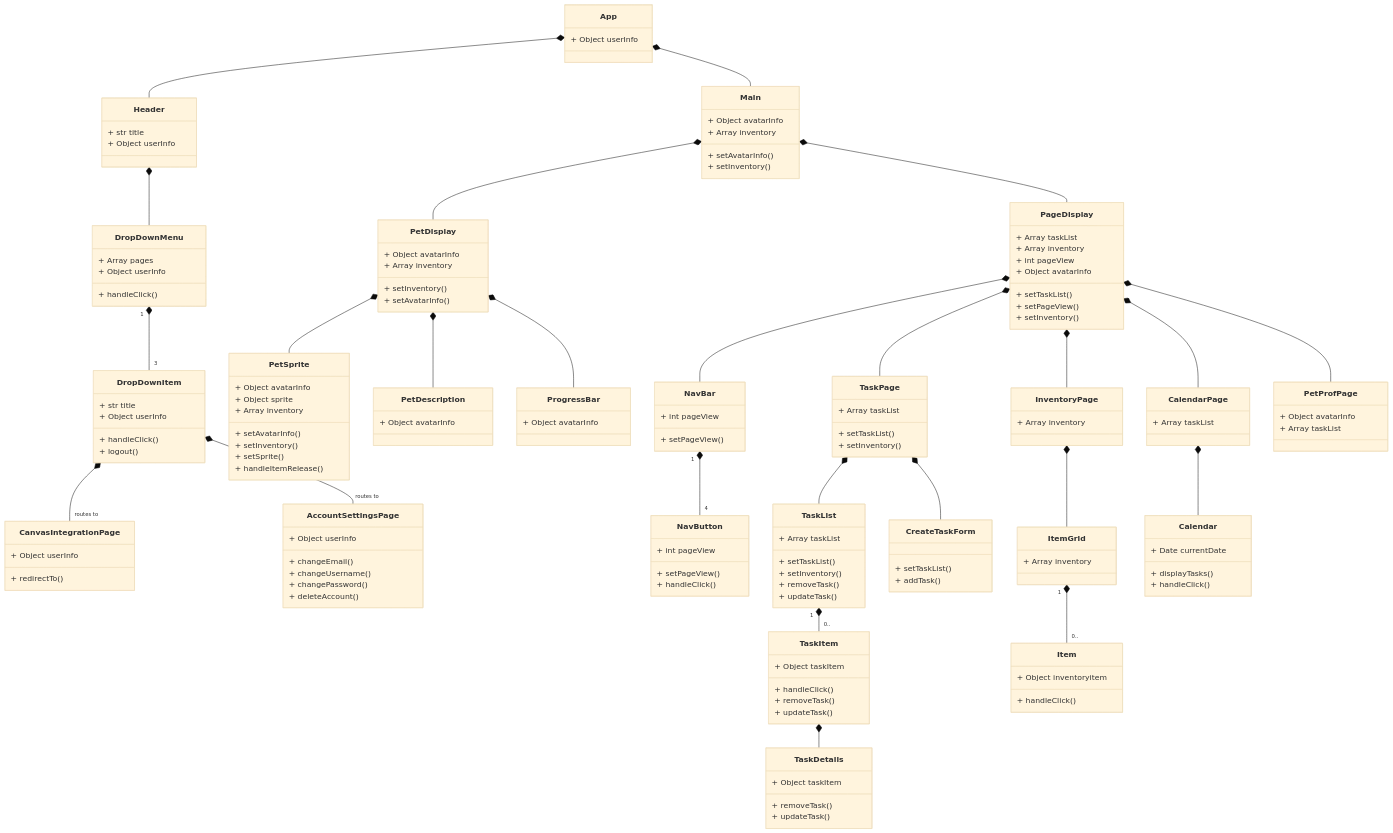
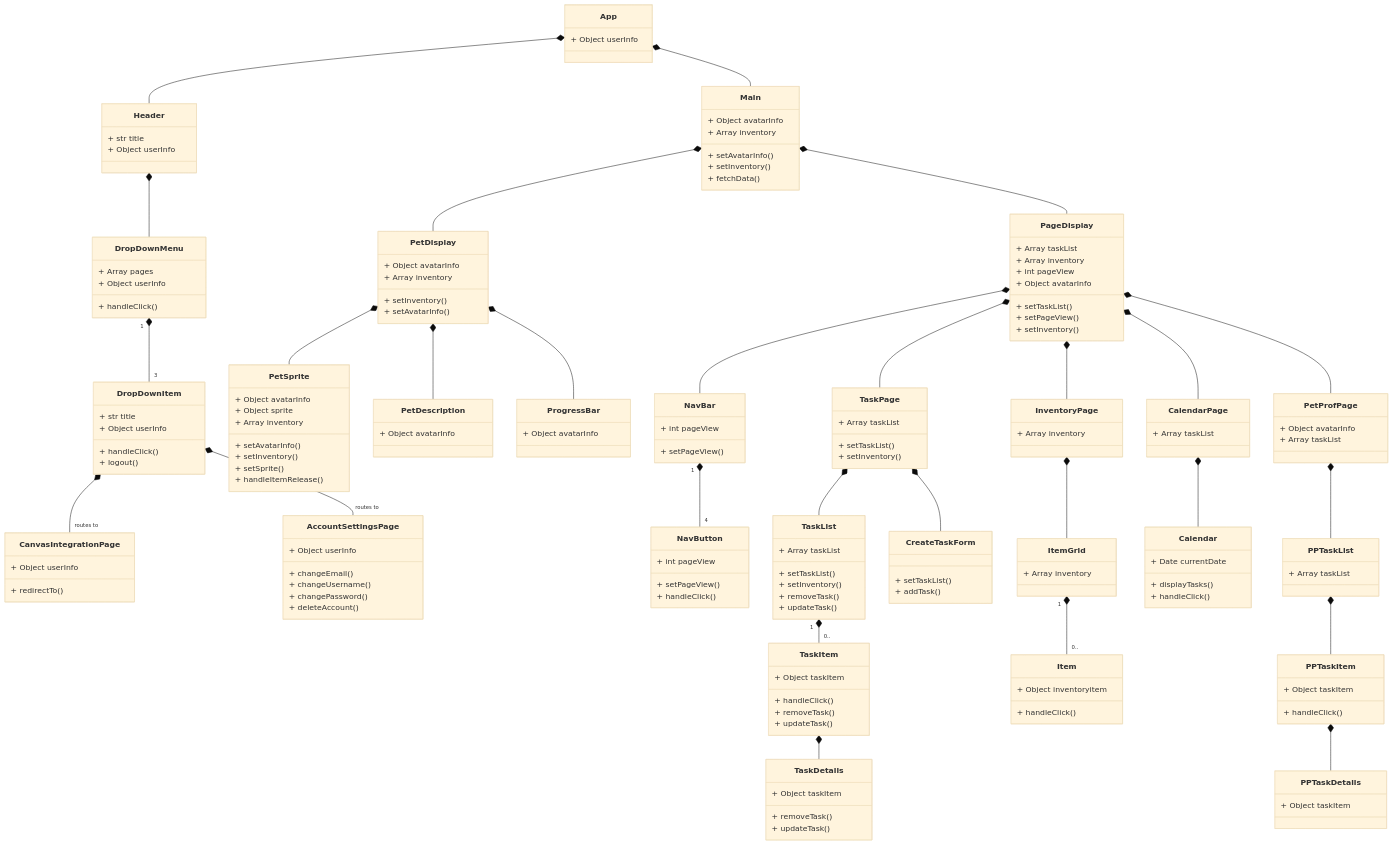
Before and after one commit to Capstone-Projects-2023-Spring/project-virtual-pet: the first of 4 diagrams in documentation/docs/system-architecture/class-diagrams.md, drawn with Mermaid (base theme). The commit also changed other lines of this file, not shown here.

Commit message:
class-diagram.md update

````diff
--- a/documentation/docs/system-architecture/class-diagrams.md
+++ b/documentation/docs/system-architecture/class-diagrams.md
@@ -20,6 +20,9 @@
     DropDownItem *--"routes to" CanvasIntegrationPage
     DropDownItem *-- "routes to" AccountSettingsPage
 
+    
+    
+
     Main *-- PetDisplay
     Main *-- PageDisplay
 
@@ -28,23 +31,27 @@
     PetDisplay *-- ProgressBar
 
     PageDisplay *-- NavBar
-    NavBar "1" *-- "4" NavButton
     PageDisplay *-- TaskPage
     PageDisplay *-- CalendarPage
     PageDisplay *-- InventoryPage
     PageDisplay *-- PetProfPage
+
+    NavBar "1" *-- "4" NavButton
 
     TaskPage *-- TaskList
     TaskPage *-- CreateTaskForm
 
     TaskList "1" *-- "0.." TaskItem
     TaskItem *-- TaskDetails
-    %% TaskItem *-- TaskOptions
 
     InventoryPage *-- ItemGrid
     ItemGrid "1" *-- "0.."Item
 
     CalendarPage *-- Calendar
+
+    PetProfPage *-- PPTaskList
+    PPTaskList *-- PPTaskItem
+    PPTaskItem *-- PPTaskDetails
 
 
     
@@ -92,6 +99,7 @@
         + Array inventory
         + setAvatarInfo()
         + setInventory()
+        + fetchData()
     }
 
 
@@ -169,6 +177,7 @@
     class CreateTaskForm{
         + setTaskList()
         + addTask()
+        
     }
 
     class InventoryPage {
@@ -196,7 +205,18 @@
         + Object avatarInfo
         + Array taskList 
     }
+    class PPTaskList {
+        + Array taskList 
+    }
 
-    
+    class PPTaskItem {
+        + Object taskItem
+        + handleClick()
+    }
+
+    class PPTaskDetails {
+        + Object taskItem 
+    }
+
 
 ```
````
